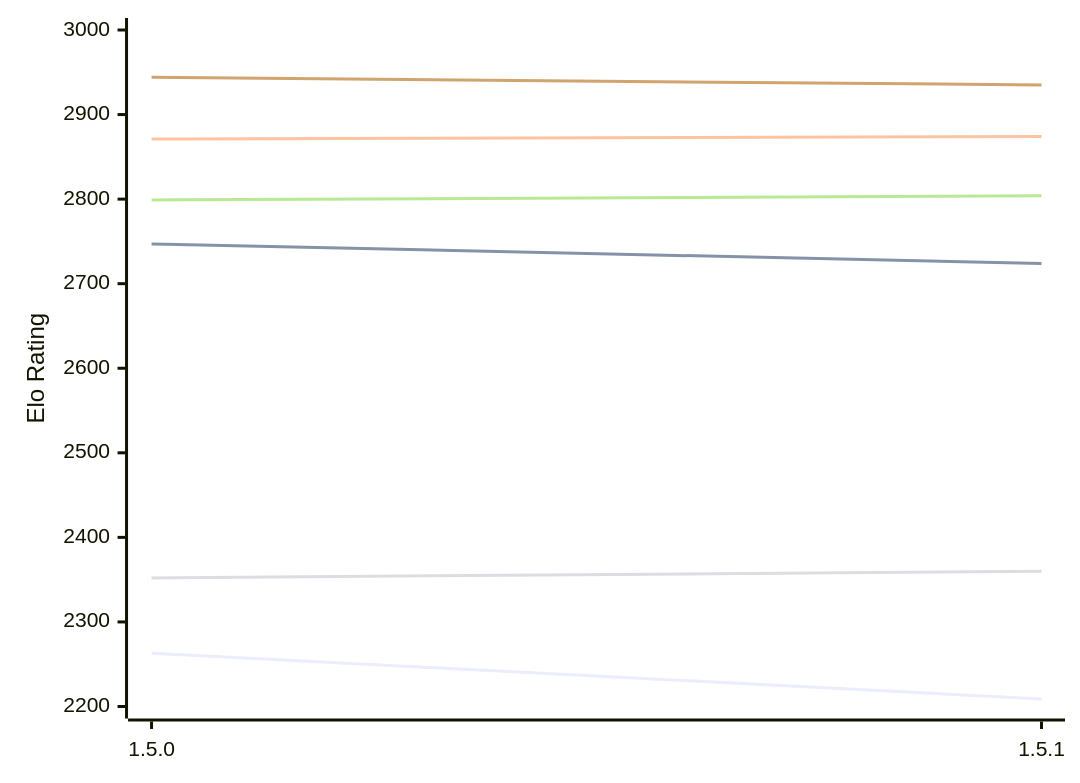
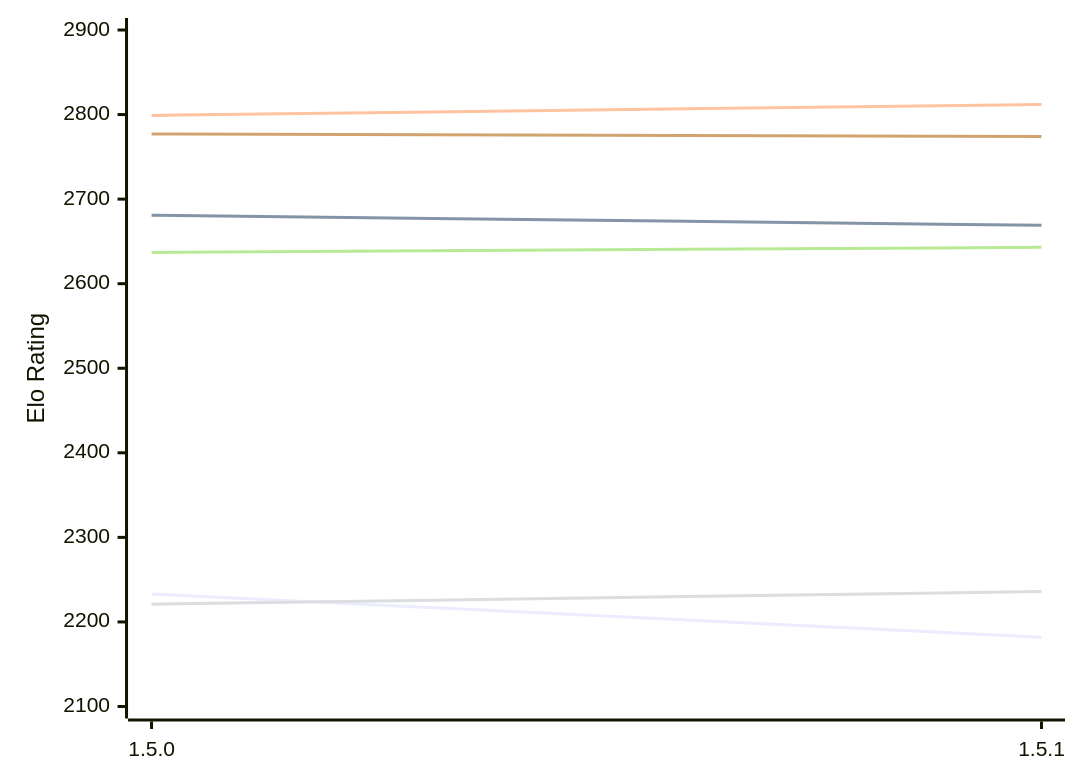
One commit to computer-chess-index/cci changed the first of 2 diagrams in engines/Coco.md. Above: the diagram before and after it, drawn with Mermaid. The commit also changed other lines of this file, not shown here.

Commit message:
Update CCI Ratings (ELO VLTC) - 2026-11-13

````diff
--- a/engines/Coco.md
+++ b/engines/Coco.md
@@ -50,12 +50,12 @@
 ```mermaid
 %%{init: {"theme":"base","themeVariables":{"seriesColors:['#a3a3a3','#222221','#faa371']}}}%%
 xychart-beta
   x-axis ["1.5.0", "1.5.1"]
-  y-axis "Elo Rating" 2200 --> 3000
-  line "E1: STC (8.0+0.08s)" [2263, 2209]
-  line "E1: LTC (60.0+0.60s)" [2747, 2724]
-  line "E1: VLTC (2m24s+1.12s)" [2871, 2874]
-  line "P1: STC (8.0+0.08s)" [2352, 2360]
-  line "P1: LTC (60.0+0.60s)" [2799, 2804]
-  line "P1: VLTC (2m24s+1.12s)" [2944, 2935]
+  y-axis "Elo Rating" 2100 --> 2900
+  line "E1: STC (8.0+0.08s)" [2233, 2182]
+  line "E1: LTC (60.0+0.60s)" [2681, 2669]
+  line "E1: VLTC (2m24s+1.12s)" [2799, 2812]
+  line "P1: STC (8.0+0.08s)" [2221, 2236]
+  line "P1: LTC (60.0+0.60s)" [2637, 2643]
+  line "P1: VLTC (2m24s+1.12s)" [2777, 2774]
 ```
````
